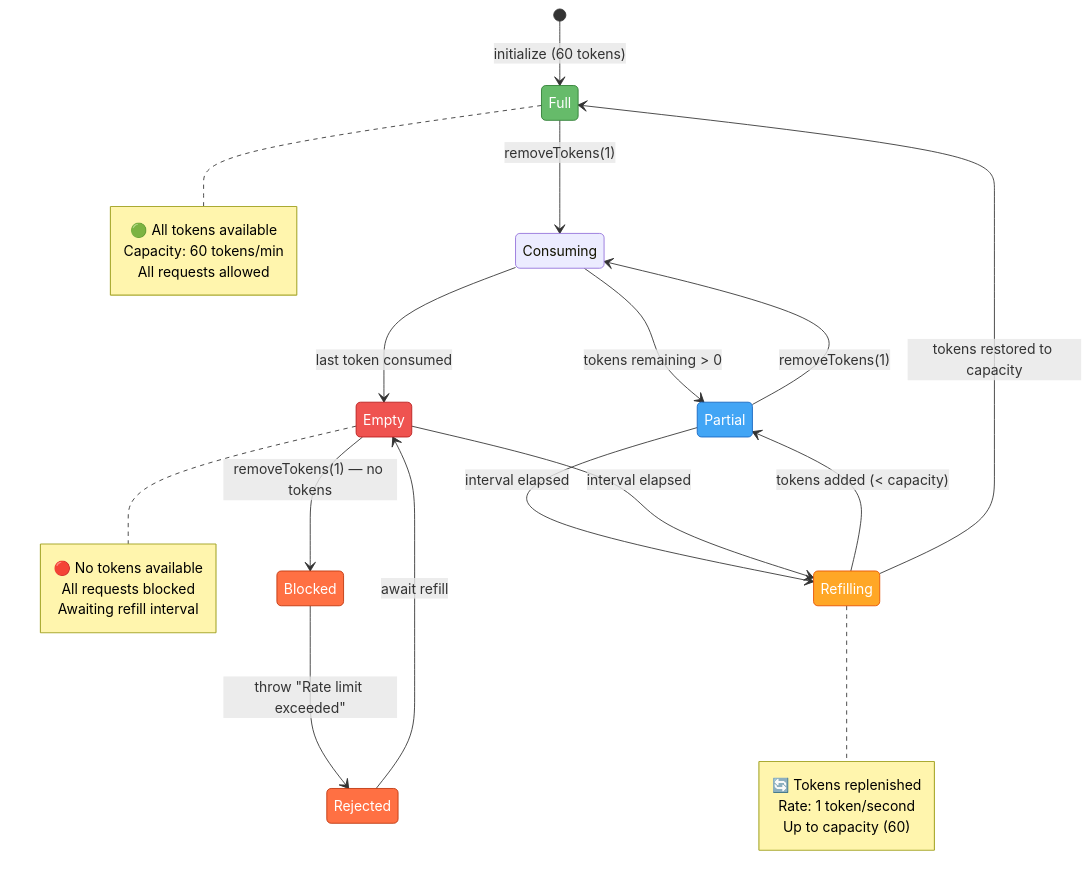
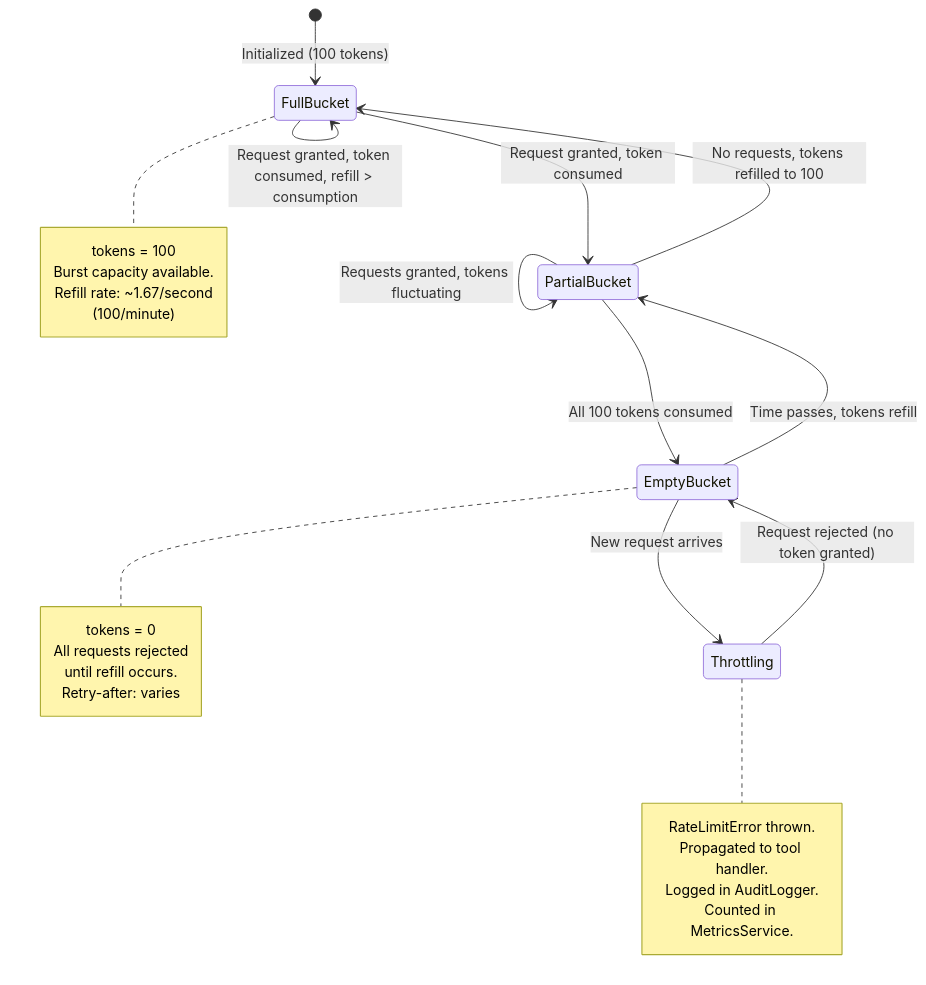
Before and after one commit to Hack23/European-Parliament-MCP-Server: the fifth of 6 diagrams in STATEDIAGRAM.md, drawn with Mermaid. The commit also changed other lines of this file and 13 other files, not shown here.

````diff
--- a/STATEDIAGRAM.md
+++ b/STATEDIAGRAM.md
@@ -516,51 +233,36 @@
 ```mermaid
 stateDiagram-v2
-    [*] --> Full: initialize (60 tokens)
+    [*] --> FullBucket : Initialized (100 tokens)
 
-    Full --> Consuming: removeTokens(1)
-    Consuming --> Partial: tokens remaining > 0
-    Consuming --> Empty: last token consumed
+    FullBucket --> FullBucket : Request granted, token consumed, refill > consumption
+    FullBucket --> PartialBucket : Request granted, token consumed
 
-    Partial --> Consuming: removeTokens(1)
-    Partial --> Refilling: interval elapsed
+    PartialBucket --> PartialBucket : Requests granted, tokens fluctuating
+    PartialBucket --> EmptyBucket : All 100 tokens consumed
+    PartialBucket --> FullBucket : No requests, tokens refilled to 100
 
-    Empty --> Blocked: removeTokens(1) — no tokens
-    Empty --> Refilling: interval elapsed
+    EmptyBucket --> Throttling : New request arrives
+    Throttling --> EmptyBucket : Request rejected (no token granted)
+    EmptyBucket --> PartialBucket : Time passes, tokens refill
 
-    Refilling --> Partial: tokens added (< capacity)
-    Refilling --> Full: tokens restored to capacity
-
-    Blocked --> Rejected: throw "Rate limit exceeded"
-    Rejected --> Empty: await refill
-
-    note right of Full
-        🟢 All tokens available
-        Capacity: 60 tokens/min
-        All requests allowed
+    note right of FullBucket
+        tokens = 100
+        Burst capacity available.
+        Refill rate: ~1.67/second
+        (100/minute)
     end note
 
-    note right of Empty
-        🔴 No tokens available
-        All requests blocked
-        Awaiting refill interval
+    note right of EmptyBucket
+        tokens = 0
+        All requests rejected
+        until refill occurs.
+        Retry-after: varies
     end note
 
-    note right of Refilling
-        🔄 Tokens replenished
-        Rate: 1 token/second
-        Up to capacity (60)
+    note right of Throttling
+        RateLimitError thrown.
+        Propagated to tool handler.
+        Logged in AuditLogger.
+        Counted in MetricsService.
     end note
-
-    classDef full fill:#66BB6A,stroke:#2E7D32,color:#fff
-    classDef partial fill:#42A5F5,stroke:#1565C0,color:#fff
-    classDef empty fill:#EF5350,stroke:#B71C1C,color:#fff
-    classDef refill fill:#FFA726,stroke:#E65100,color:#fff
-    classDef blocked fill:#FF7043,stroke:#BF360C,color:#fff
-
-    class Full full
-    class Partial partial
-    class Empty empty
-    class Refilling refill
-    class Blocked blocked
-    class Rejected blocked
 ```
````
